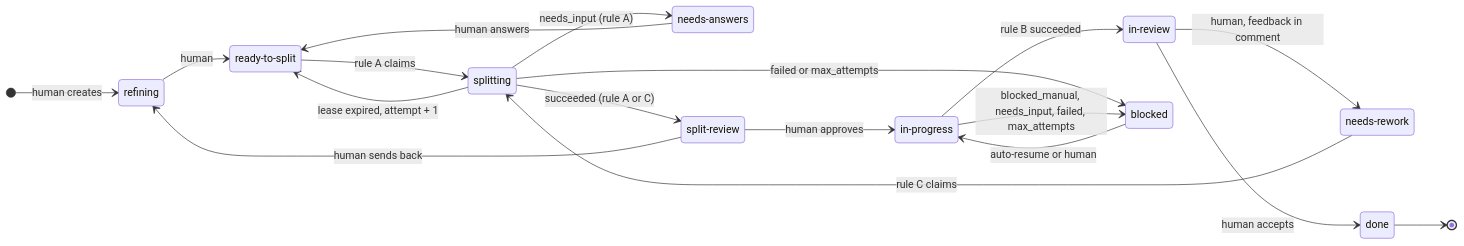
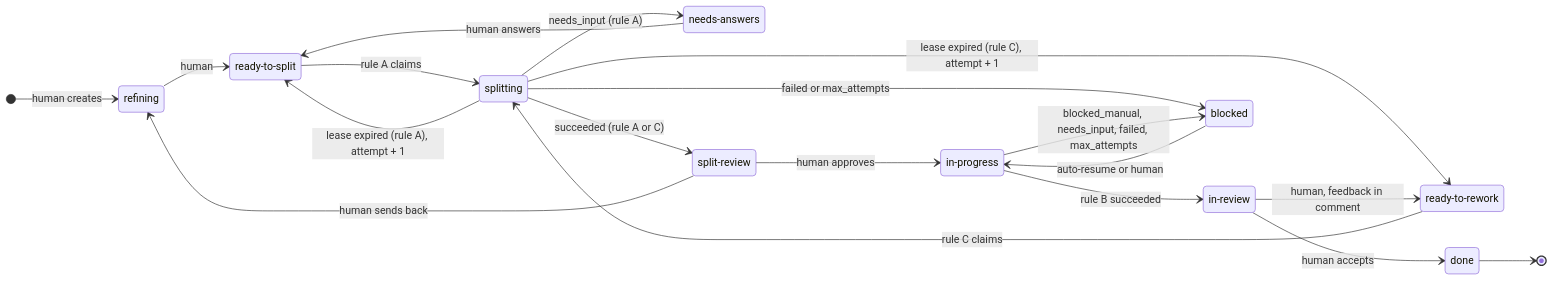
One commit to bingeli1379/tasuki changed the first of 2 diagrams in docs/state-machine.md. Above: the diagram before and after it, drawn with Mermaid. The commit also changed other lines of this file and 13 other files, not shown here.

````diff
--- a/docs/state-machine.md
+++ b/docs/state-machine.md
@@ -10,32 +10,33 @@
 ```mermaid
 stateDiagram-v2
     direction LR
     state "refining" as Refining
     state "ready-to-split" as ReadyToSplit
     state "splitting" as Splitting
     state "needs-answers" as NeedsAnswers
     state "split-review" as SplitReview
     state "in-progress" as InProgress
     state "in-review" as InReview
-    state "needs-rework" as NeedsRework
+    state "ready-to-rework" as ReadyToRework
     state "blocked" as Blocked
     state "done" as Done
 
     [*] --> Refining: human creates
     Refining --> ReadyToSplit: human
     ReadyToSplit --> Splitting: rule A claims
     Splitting --> SplitReview: succeeded (rule A or C)
     Splitting --> NeedsAnswers: needs_input (rule A)
     Splitting --> Blocked: failed or max_attempts
-    Splitting --> ReadyToSplit: lease expired, attempt + 1
+    Splitting --> ReadyToSplit: lease expired (rule A), attempt + 1
+    Splitting --> ReadyToRework: lease expired (rule C), attempt + 1
     NeedsAnswers --> ReadyToSplit: human answers
     SplitReview --> InProgress: human approves
     SplitReview --> Refining: human sends back
     InProgress --> InReview: rule B succeeded
     InProgress --> Blocked: blocked_manual, needs_input, failed, max_attempts
     Blocked --> InProgress: auto-resume or human
     InReview --> Done: human accepts
-    InReview --> NeedsRework: human, feedback in comment
-    NeedsRework --> Splitting: rule C claims
+    InReview --> ReadyToRework: human, feedback in comment
+    ReadyToRework --> Splitting: rule C claims
     Done --> [*]
 ```
````
